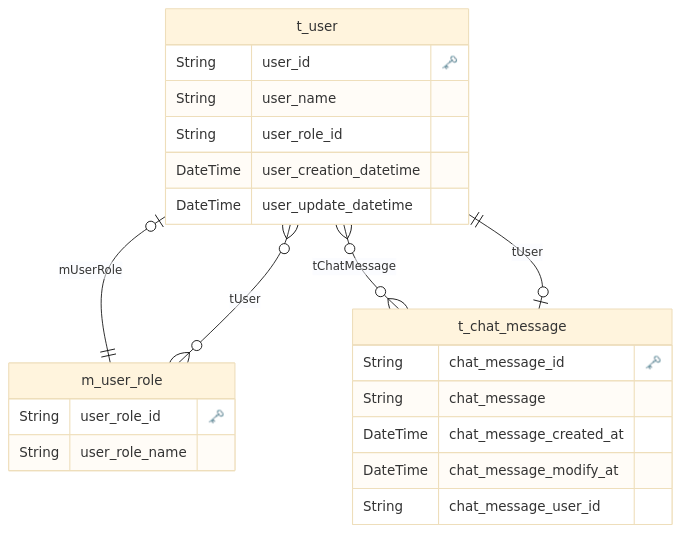
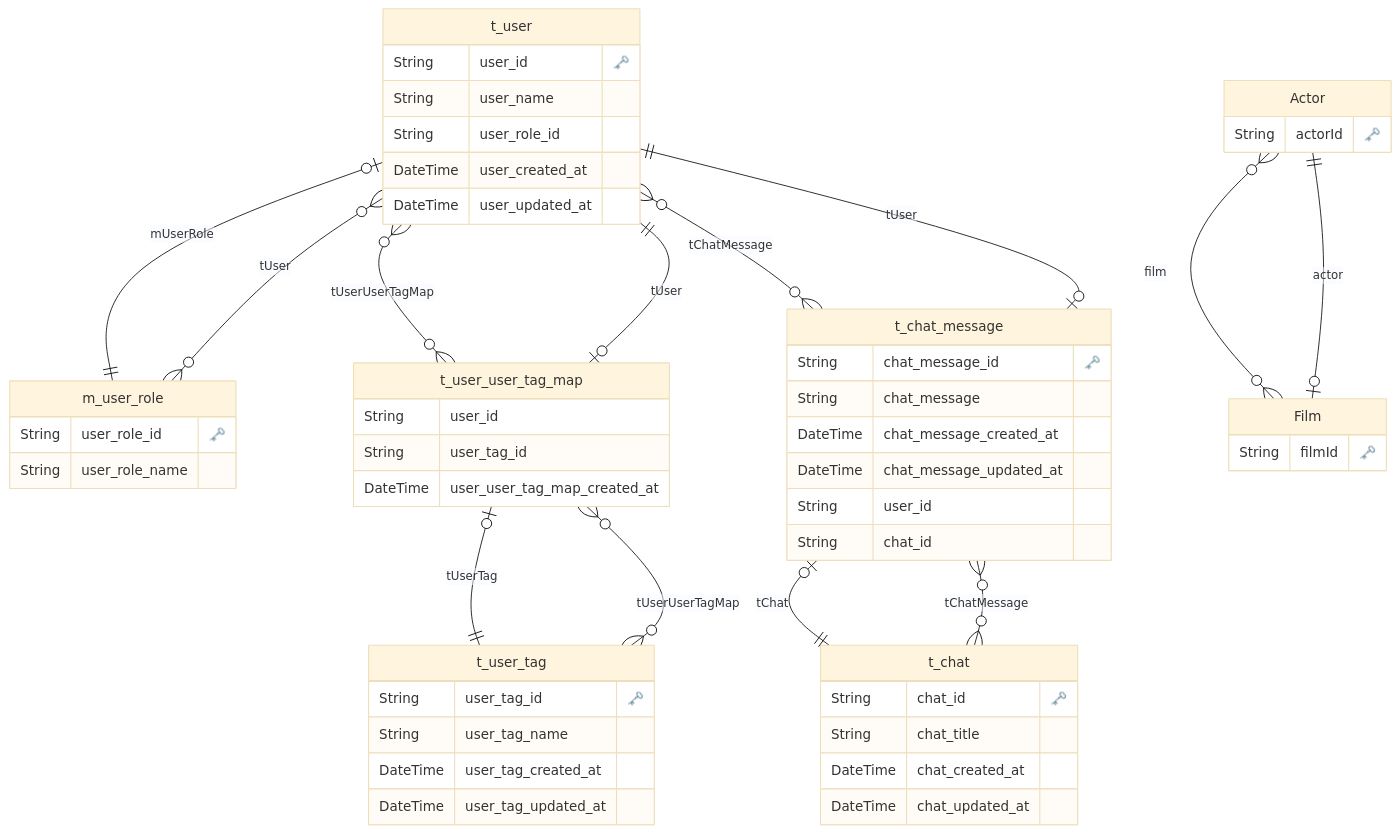
One commit to ShunsukeNONOMURA/nuxt3-master changed the diagram in project/prisma/erd.md. Above: the diagram before and after it, drawn with Mermaid (base theme). The commit also changed 39 other files, not shown here.

````diff
--- a/project/prisma/erd.md
+++ b/project/prisma/erd.md
@@ -1,31 +1,73 @@
 ```mermaid
 erDiagram
 
   "t_user" {
     String user_id "🗝️"
     String user_name 
     String user_role_id 
-    DateTime user_creation_datetime 
-    DateTime user_update_datetime 
+    DateTime user_created_at 
+    DateTime user_updated_at 
     }
   
 
   "m_user_role" {
     String user_role_id "🗝️"
     String user_role_name 
     }
   
 
+  "t_user_tag" {
+    String user_tag_id "🗝️"
+    String user_tag_name 
+    DateTime user_tag_created_at 
+    DateTime user_tag_updated_at 
+    }
+  
+
+  "t_user_user_tag_map" {
+    String user_id 
+    String user_tag_id 
+    DateTime user_user_tag_map_created_at 
+    }
+  
+
+  "t_chat" {
+    String chat_id "🗝️"
+    String chat_title 
+    DateTime chat_created_at 
+    DateTime chat_updated_at 
+    }
+  
+
   "t_chat_message" {
     String chat_message_id "🗝️"
     String chat_message 
     DateTime chat_message_created_at 
-    DateTime chat_message_modify_at 
-    String chat_message_user_id 
+    DateTime chat_message_updated_at 
+    String user_id 
+    String chat_id 
+    }
+  
+
+  "Actor" {
+    String actorId "🗝️"
+    }
+  
+
+  "Film" {
+    String filmId "🗝️"
     }
   
     "t_user" o|--|| "m_user_role" : "mUserRole"
+    "t_user" o{--}o "t_user_user_tag_map" : "tUserUserTagMap"
     "t_user" o{--}o "t_chat_message" : "tChatMessage"
     "m_user_role" o{--}o "t_user" : "tUser"
+    "t_user_tag" o{--}o "t_user_user_tag_map" : "tUserUserTagMap"
+    "t_user_user_tag_map" o|--|| "t_user" : "tUser"
+    "t_user_user_tag_map" o|--|| "t_user_tag" : "tUserTag"
+    "t_chat" o{--}o "t_chat_message" : "tChatMessage"
     "t_chat_message" o|--|| "t_user" : "tUser"
+    "t_chat_message" o|--|| "t_chat" : "tChat"
+    "Actor" o{--}o "Film" : "film"
+    "Film" o|--|| "Actor" : "actor"
 ```
````
